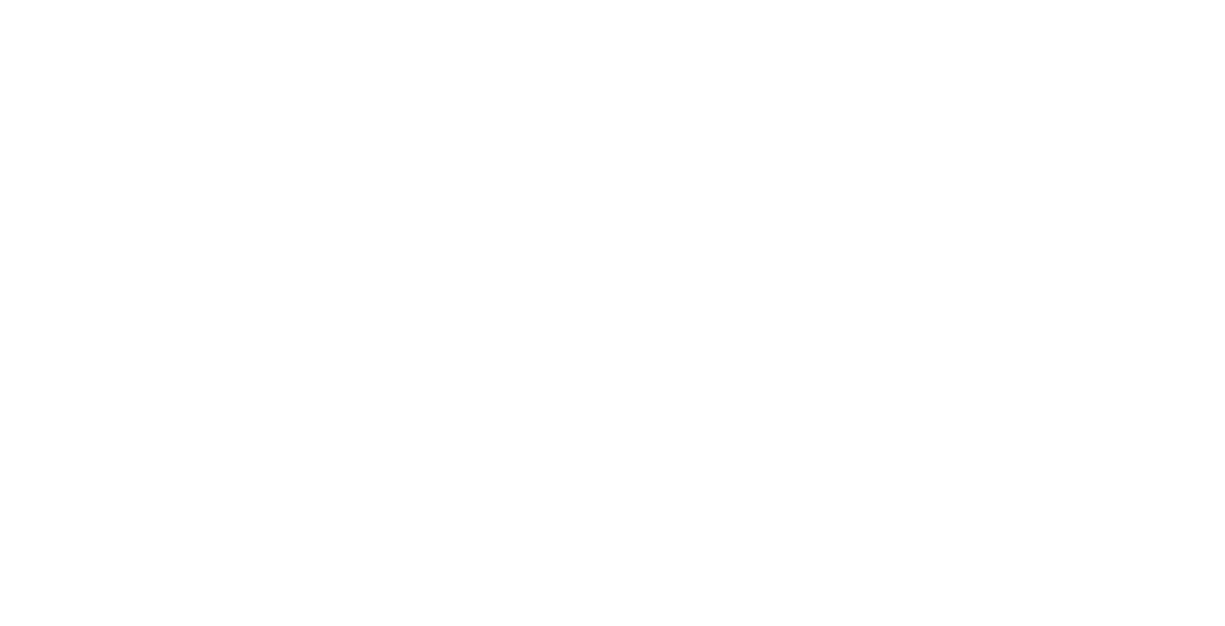
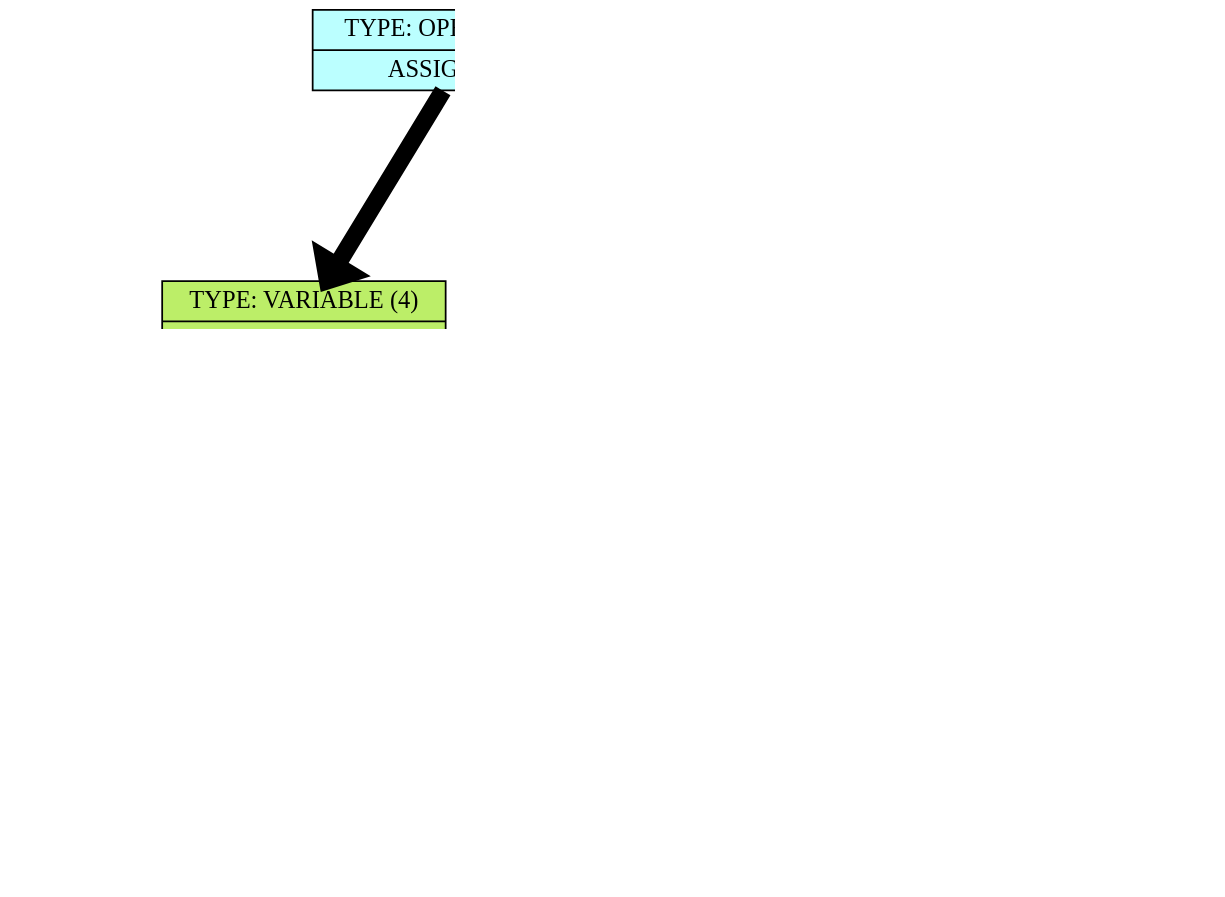
The diagram in frontend/dump/list_graph.dot (Troll0ton/Trollanguage), drawn with Graphviz before and after one commit. The commit also changed 52 other files, not shown here.

```diff
--- a/frontend/dump/list_graph.dot
+++ b/frontend/dump/list_graph.dot
@@ -1,26 +1,32 @@
 digraph structs {    
 rankdir = TB;        
 graph [dpi = 200];   
 ranksep = 1.5;       
 edge[penwidth = 10]; 
 cell0 [style = filled, color = black, shape=record, 
+fillcolor = paleturquoise1, label = " { <ptr> TYPE: OPERATION (0) | ASSIGNMENT} " ];                         
+cell1 [style = filled, color = black, shape=record, 
+fillcolor = darkolivegreen2, label = " { <ptr> TYPE: VARIABLE (4) | x} " ];                         
+cell2 [style = filled, color = black, shape=record, 
 fillcolor = paleturquoise1, label = " { <ptr> TYPE: OPERATION (1) | -} " ];                         
-cell1 [style = filled, color = black, shape=record, 
+cell3 [style = filled, color = black, shape=record, 
 fillcolor = paleturquoise1, label = " { <ptr> TYPE: OPERATION (1) | +} " ];                         
-cell2 [style = filled, color = black, shape=record, 
+cell4 [style = filled, color = black, shape=record, 
+fillcolor = coral2, label = " { <ptr> TYPE: NUMERIC (4) | 300} " ];                         
+cell5 [style = filled, color = black, shape=record, 
+fillcolor = coral2, label = " { <ptr> TYPE: NUMERIC (4) | 100} " ];                         
+cell6 [style = filled, color = black, shape=record, 
+fillcolor = paleturquoise1, label = " { <ptr> TYPE: OPERATION (2) | *} " ];                         
+cell7 [style = filled, color = black, shape=record, 
+fillcolor = coral2, label = " { <ptr> TYPE: NUMERIC (4) | 889} " ];                         
+cell8 [style = filled, color = black, shape=record, 
 fillcolor = coral2, label = " { <ptr> TYPE: NUMERIC (4) | 877} " ];                         
-cell3 [style = filled, color = black, shape=record, 
-fillcolor = darkolivegreen2, label = " { <ptr> TYPE: VARIABLE (4) | x} " ];                         
-cell4 [style = filled, color = black, shape=record, 
-fillcolor = paleturquoise1, label = " { <ptr> TYPE: OPERATION (2) | *} " ];                         
-cell5 [style = filled, color = black, shape=record, 
-fillcolor = darkolivegreen2, label = " { <ptr> TYPE: VARIABLE (4) | y} " ];                         
-cell6 [style = filled, color = black, shape=record, 
-fillcolor = coral2, label = " { <ptr> TYPE: NUMERIC (4) | 787} " ];                         
 cell0 -> cell1;
-cell1 -> cell2;
-cell1 -> cell3;
-cell0 -> cell4;
-cell4 -> cell5;
-cell4 -> cell6;
+cell0 -> cell2;
+cell2 -> cell3;
+cell3 -> cell4;
+cell3 -> cell5;
+cell2 -> cell6;
+cell6 -> cell7;
+cell6 -> cell8;
 }
```
